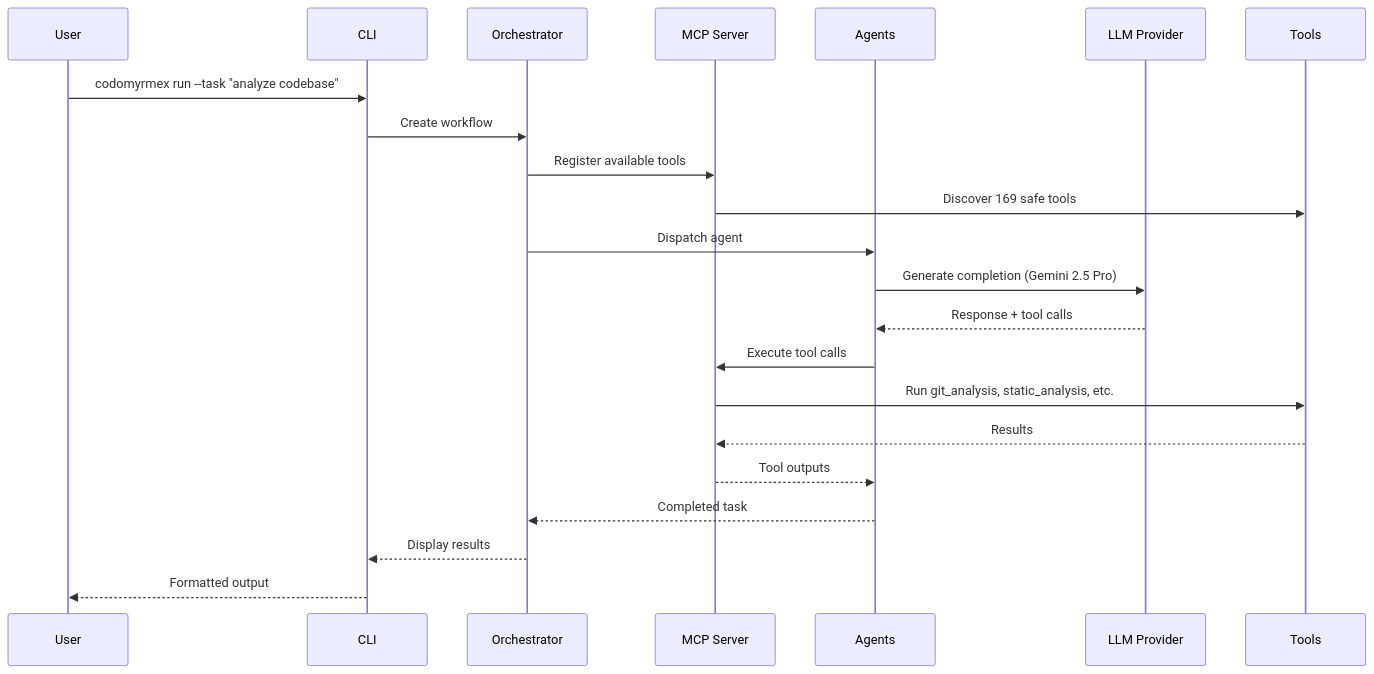
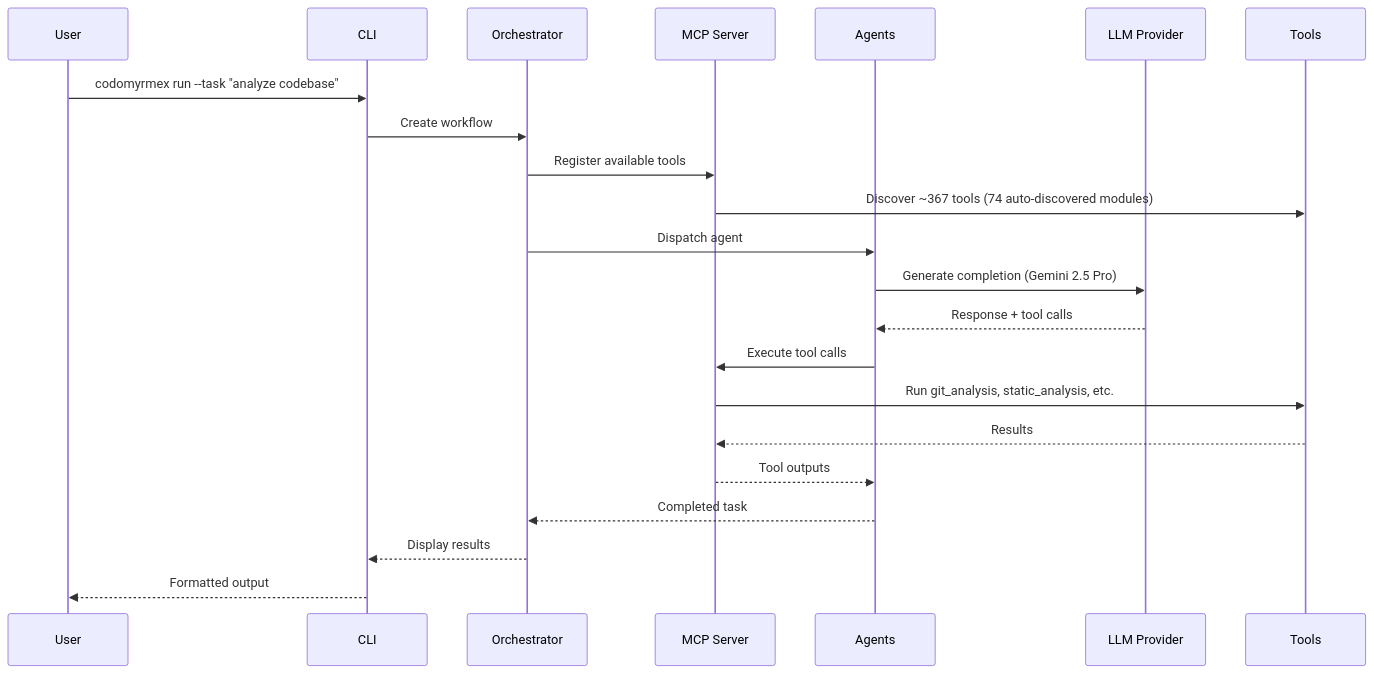
One commit to docxology/codomyrmex changed the third of 7 diagrams in .github/README.md. Above: the diagram before and after it, drawn with Mermaid. The commit also changed other lines of this file and 61 other files, not shown here.

First line of the commit message:
docs(sprint19): auto-updated docs reflecting 122 modules, 78 MCP modules, v1.0.6

````diff
--- a/.github/README.md
+++ b/.github/README.md
@@ -370,25 +360,25 @@
 ```mermaid
 sequenceDiagram
     participant User
     participant CLI
     participant Orchestrator
     participant MCP as MCP Server
     participant Agents
     participant LLM as LLM Provider
     participant Tools
 
     User->>CLI: codomyrmex run --task "analyze codebase"
     CLI->>Orchestrator: Create workflow
     Orchestrator->>MCP: Register available tools
-    MCP->>Tools: Discover 169 safe tools
+    MCP->>Tools: Discover ~367 tools (74 auto-discovered modules)
     Orchestrator->>Agents: Dispatch agent
     Agents->>LLM: Generate completion (Gemini 2.5 Pro)
     LLM-->>Agents: Response + tool calls
     Agents->>MCP: Execute tool calls
     MCP->>Tools: Run git_analysis, static_analysis, etc.
     Tools-->>MCP: Results
     MCP-->>Agents: Tool outputs
     Agents-->>Orchestrator: Completed task
     Orchestrator-->>CLI: Display results
     CLI-->>User: Formatted output
 ```
````
